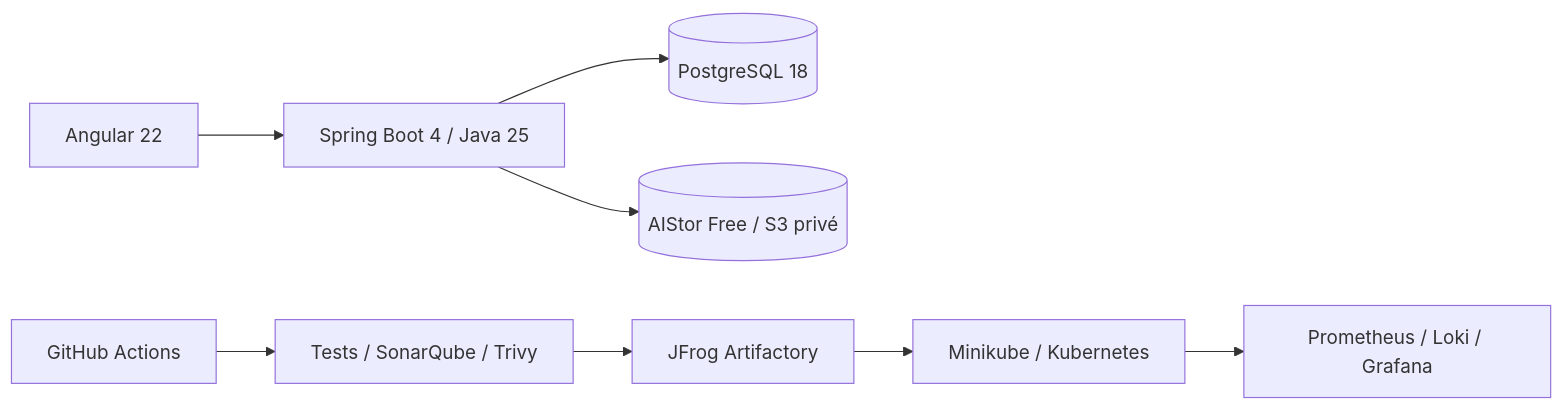
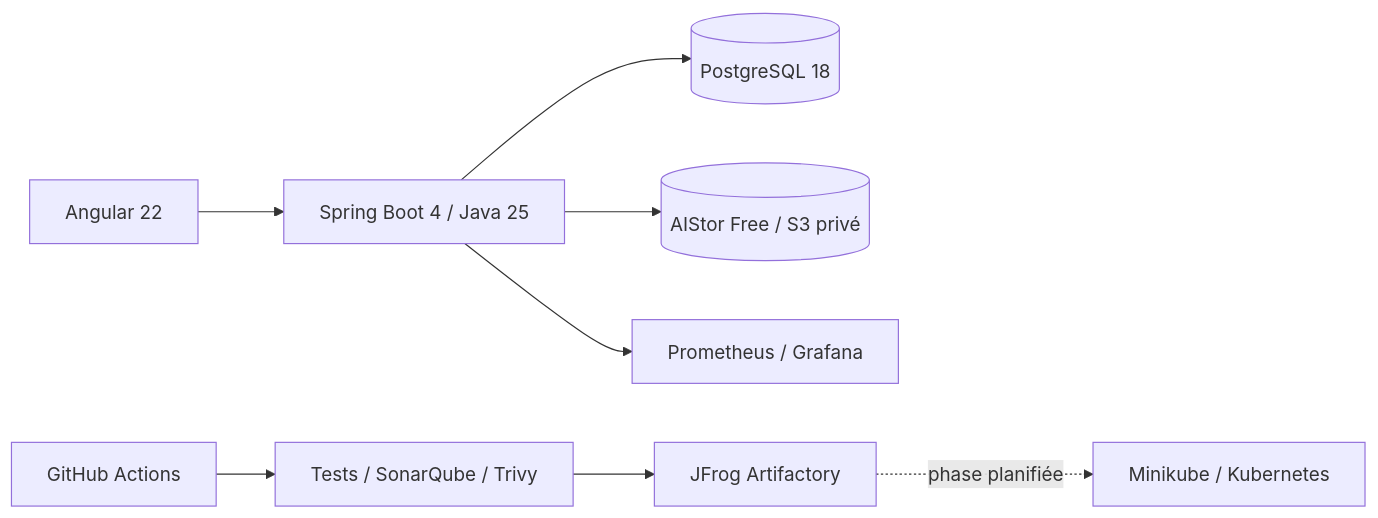
Before and after one commit to mouhamadoulo/molo-devops-lab: the diagram in README.md, drawn with Mermaid. The commit also changed other lines of this file and 20 other files, not shown here.

Commit message:
feat: add Prometheus and Grafana observability

````diff
--- a/README.md
+++ b/README.md
@@ -24,10 +25,10 @@
 ```mermaid
 flowchart LR
     UI[Angular 22] --> API[Spring Boot 4 / Java 25]
     API --> DB[(PostgreSQL 18)]
     API --> S3[(AIStor Free / S3 privé)]
     CI[GitHub Actions] --> QA[Tests / SonarQube / Trivy]
     QA --> ART[JFrog Artifactory]
-    ART --> K8S[Minikube / Kubernetes]
-    K8S --> OBS[Prometheus / Loki / Grafana]
+    API --> OBS[Prometheus / Grafana]
+    ART -. phase planifiée .-> K8S[Minikube / Kubernetes]
 ```
````
